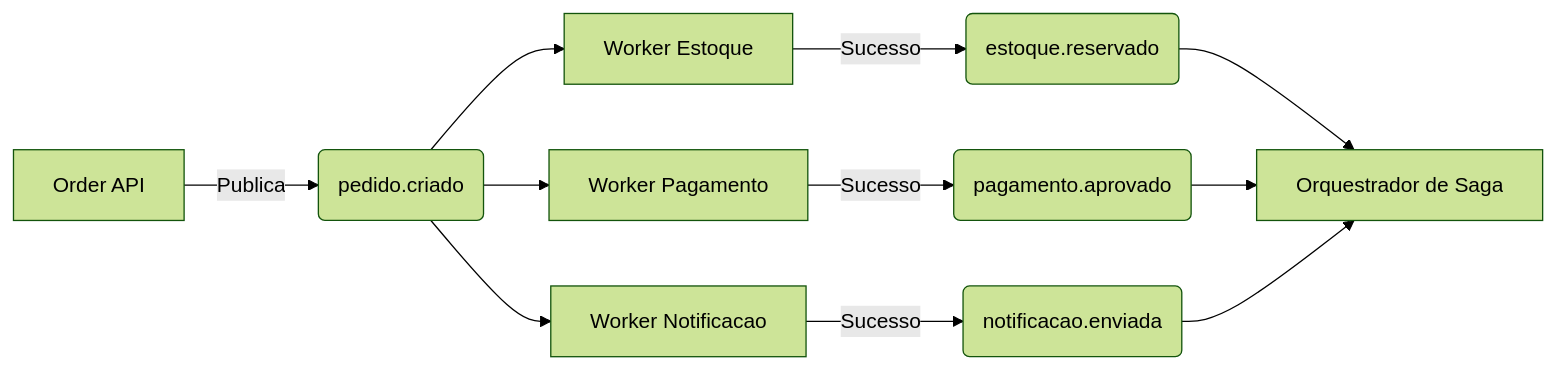
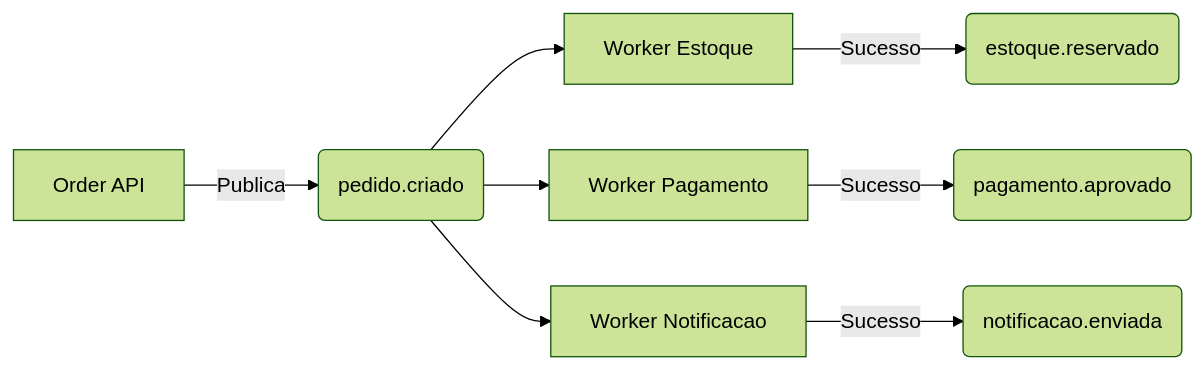
Before and after one commit to diogoss120/pedidos-mensageria-pubsub: the diagram in README.md, drawn with Mermaid (forest theme). The commit also changed other lines of this file and 5 other files, not shown here.

````diff
--- a/README.md
+++ b/README.md
@@ -17,11 +16,11 @@
 ```mermaid
 graph LR
     API[Order API] -->|Publica| T1(pedido.criado)
     T1 --> Sub1[Worker Estoque]
     T1 --> Sub2[Worker Pagamento]
     T1 --> Sub3[Worker Notificacao]
     Sub1 -->|Sucesso| T2(estoque.reservado)
     Sub2 -->|Sucesso| T3(pagamento.aprovado)
     Sub3 -->|Sucesso| T4(notificacao.enviada)
-    T2 & T3 & T4 --> Saga[Orquestrador de Saga]
+
 ```
````
